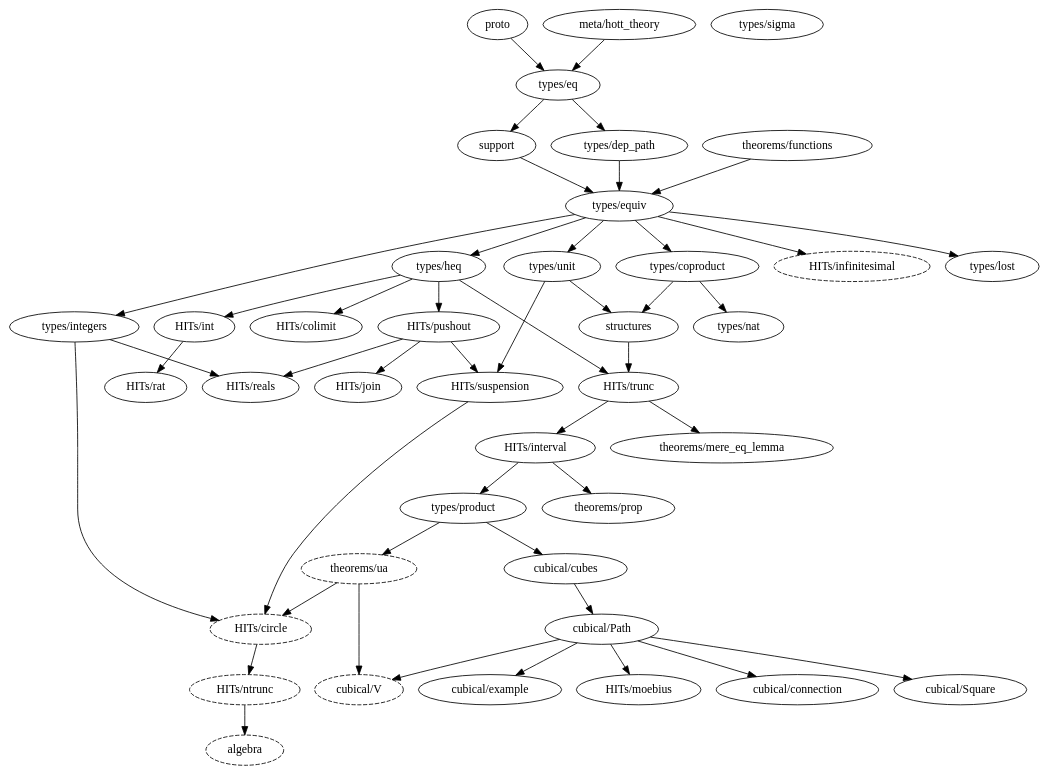
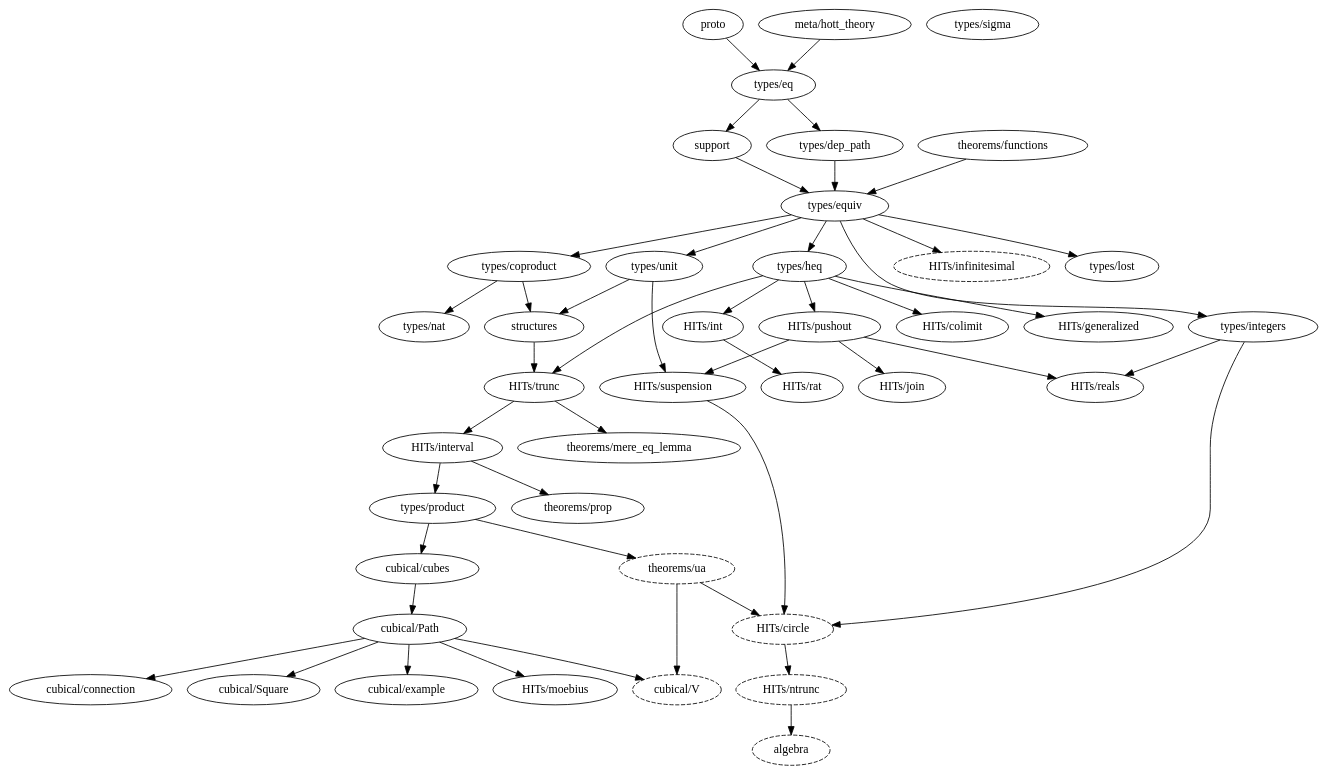
One commit to forked-from-1kasper/ground_zero changed the diagram in dependency_map.gv. Above: the diagram before and after it, drawn with Graphviz. The commit also changed 2 other files, not shown here.

Commit message:
generalized circle

```diff
--- a/dependency_map.gv
+++ b/dependency_map.gv
@@ -1,83 +1,85 @@
 digraph dependency_map {
   proto -> "types/eq"
   "meta/hott_theory" -> "types/eq"
 
   algebra [style=dashed]
   "HITs/ntrunc" -> algebra
 
   "HITs/circle" [style=dashed]
   "types/integers" -> "HITs/circle"
   "HITs/suspension" -> "HITs/circle"
   "theorems/ua" -> "HITs/circle"
 
   "types/heq" -> "HITs/colimit"
+
+  "types/heq" -> "HITs/generalized"
 
   "HITs/infinitesimal" [style=dashed]
   "types/equiv" -> "HITs/infinitesimal"
 
   "types/equiv" -> "types/coproduct"
   "types/eq" -> "types/dep_path"
 
   "cubical/Path" -> "cubical/connection"
   "types/product" -> "cubical/cubes"
   "cubical/cubes" -> "cubical/Path"
   "cubical/Path" -> "cubical/Square"
   "cubical/Path" -> "cubical/example"
 
   "cubical/V" [style=dashed]
   "theorems/ua" -> "cubical/V"
   "cubical/Path" -> "cubical/V"
 
   "types/equiv" -> "types/heq"
   "types/equiv" -> "types/integers"
 
   "types/dep_path" -> "types/equiv"
   support -> "types/equiv"
   "theorems/functions" -> "types/equiv"
 
   "types/heq" -> "HITs/int"
 
   "HITs/trunc" -> "HITs/interval"
 
   "HITs/pushout" -> "HITs/join"
 
   "cubical/Path" -> "HITs/moebius"
 
   "HITs/trunc" -> "theorems/mere_eq_lemma"
 
   "HITs/ntrunc" [style=dashed]
   "HITs/circle" -> "HITs/ntrunc"
 
   "HITs/interval" -> "types/product"
 
   "HITs/interval" -> "theorems/prop"
 
   "types/heq" -> "HITs/pushout"
 
   "HITs/int" -> "HITs/rat"
 
   "HITs/pushout" -> "HITs/reals"
   "types/integers" -> "HITs/reals"
 
   "types/unit" -> structures
   "types/coproduct" -> structures
 
   "types/eq" -> support
 
   "HITs/pushout" -> "HITs/suspension"
   "types/unit" -> "HITs/suspension"
 
   structures -> "HITs/trunc"
   "types/heq" -> "HITs/trunc"
 
   "theorems/ua" [style=dashed]
   "types/product" -> "theorems/ua"
 
   "types/equiv" -> "types/unit"
 
   "types/coproduct" -> "types/nat"
 
   "types/equiv" -> "types/lost"
 
   "types/sigma"
 }
```
